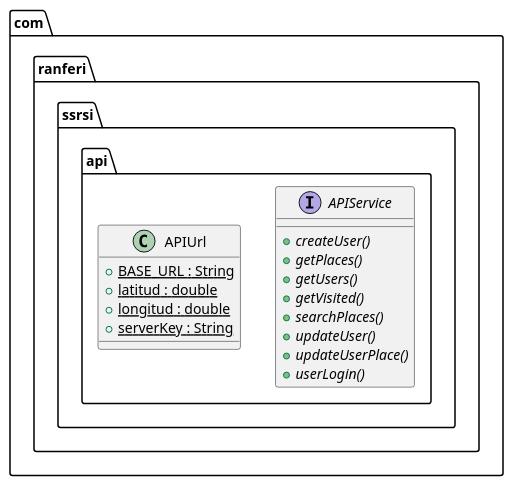
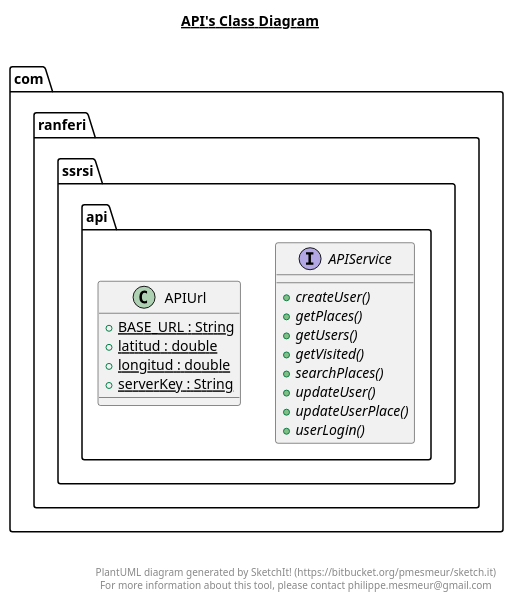
Before and after one commit to ranferi/RetrofitExample: the diagram in app/src/main/java/com/ranferi/ssrsi/api/api.plantuml, drawn with PlantUML. The commit also changed 5 other files, not shown here.

```diff
--- a/app/src/main/java/com/ranferi/ssrsi/api/api.plantuml
+++ b/app/src/main/java/com/ranferi/ssrsi/api/api.plantuml
@@ -1,29 +1,42 @@
 @startuml
+
+title __API's Class Diagram__\n
 
   namespace com.ranferi.ssrsi {
     namespace api {
       interface com.ranferi.ssrsi.api.APIService {
           {abstract} + createUser()
           {abstract} + getPlaces()
           {abstract} + getUsers()
           {abstract} + getVisited()
           {abstract} + searchPlaces()
           {abstract} + updateUser()
           {abstract} + updateUserPlace()
           {abstract} + userLogin()
       }
     }
   }
+  
 
   namespace com.ranferi.ssrsi {
     namespace api {
       class com.ranferi.ssrsi.api.APIUrl {
           {static} + BASE_URL : String
           {static} + latitud : double
           {static} + longitud : double
           {static} + serverKey : String
       }
     }
   }
+  
+
+
+
+right footer
+
+
+PlantUML diagram generated by SketchIt! (https://bitbucket.org/pmesmeur/sketch.it)
+For more information about this tool, please contact philippe.mesmeur@gmail.com
+endfooter
 
 @enduml
```
